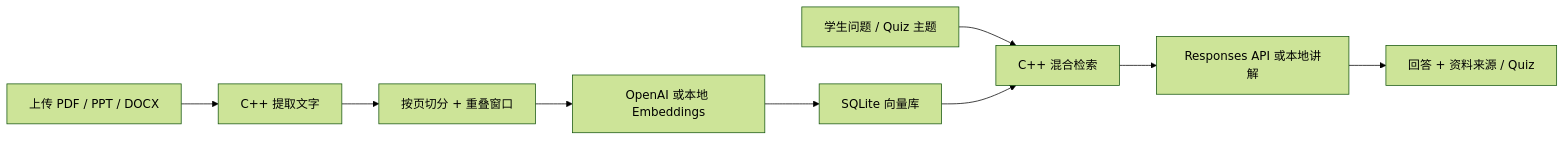
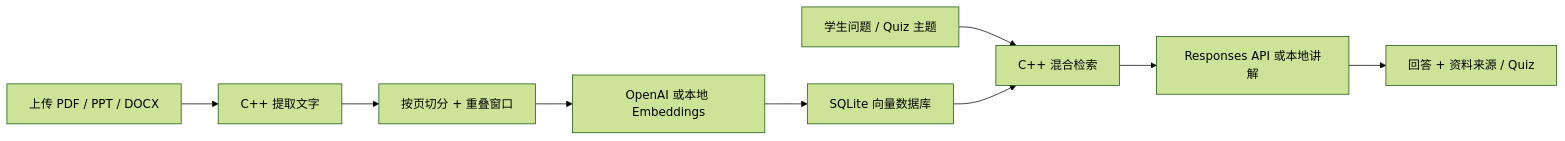
The second of 2 diagrams in README.md (Liam-0701/truth-learning), drawn with Mermaid (forest theme) before and after one commit. The commit also changed other lines of this file, not shown here.

````diff
--- a/README.md
+++ b/README.md
@@ -20,11 +153,11 @@
 ```mermaid
 flowchart LR
     A["上传 PDF / PPT / DOCX"] --> B["C++ 提取文字"]
     B --> C["按页切分 + 重叠窗口"]
     C --> D["OpenAI 或本地 Embeddings"]
-    D --> E["SQLite 向量库"]
+    D --> E["SQLite 向量数据库"]
     Q["学生问题 / Quiz 主题"] --> F["C++ 混合检索"]
     E --> F
     F --> G["Responses API 或本地讲解"]
     G --> H["回答 + 资料来源 / Quiz"]
 ```
````
